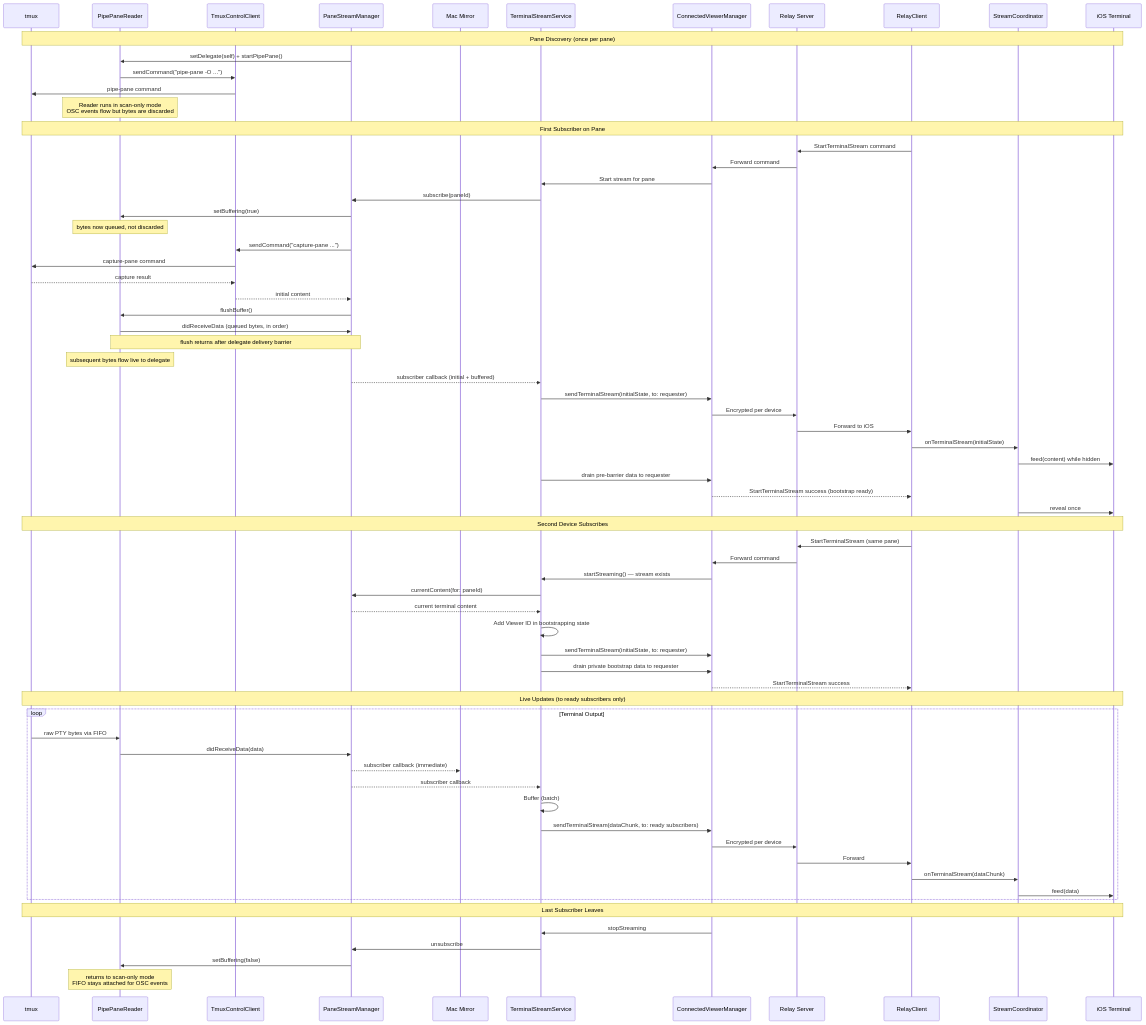
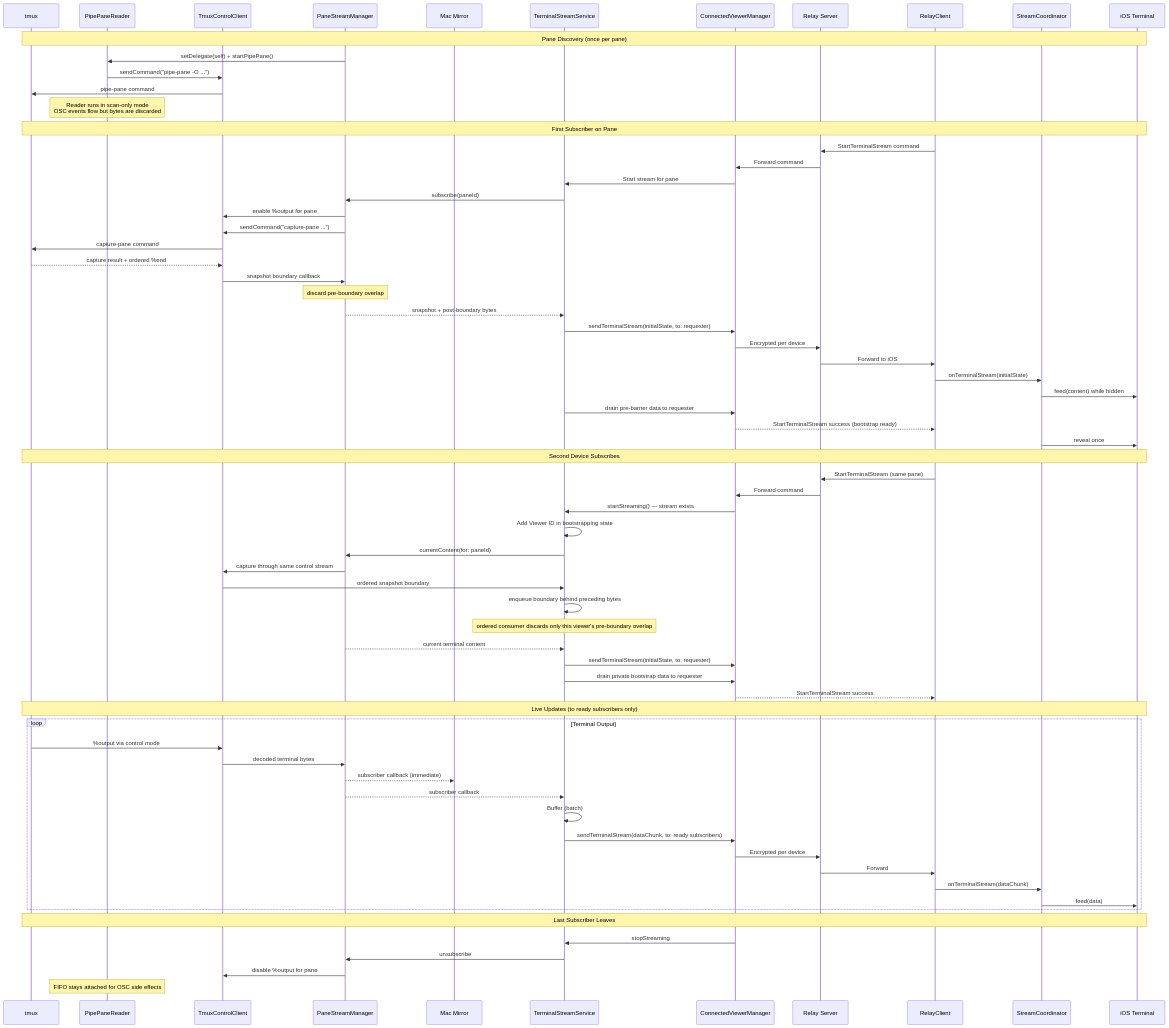
Before and after one commit to jicezeng/ctrlx: diagram 12 of 12 in docs/streaming-architecture.md, drawn with Mermaid. The commit also changed other lines of this file and 13 other files, not shown here.

Commit message:
fix(stream): order snapshots with live pane output

````diff
--- a/docs/streaming-architecture.md
+++ b/docs/streaming-architecture.md
@@ -359,81 +361,81 @@
 ```mermaid
 sequenceDiagram
     participant TMUX as tmux
     participant PPR as PipePaneReader
     participant TCC as TmuxControlClient
     participant PSM as PaneStreamManager
     participant MV as Mac Mirror
     participant TSS as TerminalStreamService
     participant DCM as ConnectedViewerManager
     participant SRV as Relay Server
     participant RC as RelayClient
     participant SC as StreamCoordinator
     participant IV as iOS Terminal
 
     Note over TMUX,IV: Pane Discovery (once per pane)
 
     PSM->>PPR: setDelegate(self) + startPipePane()
     PPR->>TCC: sendCommand("pipe-pane -O ...")
     TCC->>TMUX: pipe-pane command
     Note over PPR: Reader runs in scan-only mode<br/>OSC events flow but bytes are discarded
 
     Note over TMUX,IV: First Subscriber on Pane
 
     RC->>SRV: StartTerminalStream command
     SRV->>DCM: Forward command
     DCM->>TSS: Start stream for pane
     TSS->>PSM: subscribe(paneId)
-    PSM->>PPR: setBuffering(true)
-    Note over PPR: bytes now queued, not discarded
+    PSM->>TCC: enable %output for pane
     PSM->>TCC: sendCommand("capture-pane ...")
     TCC->>TMUX: capture-pane command
-    TMUX-->>TCC: capture result
-    TCC-->>PSM: initial content
-    PSM->>PPR: flushBuffer()
-    PPR->>PSM: didReceiveData (queued bytes, in order)
-    Note over PPR,PSM: flush returns after delegate delivery barrier
-    Note over PPR: subsequent bytes flow live to delegate
-    PSM-->>TSS: subscriber callback (initial + buffered)
+    TMUX-->>TCC: capture result + ordered %end
+    TCC->>PSM: snapshot boundary callback
+    Note over PSM: discard pre-boundary overlap
+    PSM-->>TSS: snapshot + post-boundary bytes
     TSS->>DCM: sendTerminalStream(initialState, to: requester)
     DCM->>SRV: Encrypted per device
     SRV->>RC: Forward to iOS
     RC->>SC: onTerminalStream(initialState)
     SC->>IV: feed(content) while hidden
     TSS->>DCM: drain pre-barrier data to requester
     DCM-->>RC: StartTerminalStream success (bootstrap ready)
     SC->>IV: reveal once
 
     Note over TMUX,IV: Second Device Subscribes
 
     RC->>SRV: StartTerminalStream (same pane)
     SRV->>DCM: Forward command
     DCM->>TSS: startStreaming() — stream exists
+    TSS->>TSS: Add Viewer ID in bootstrapping state
     TSS->>PSM: currentContent(for: paneId)
+    PSM->>TCC: capture through same control stream
+    TCC->>TSS: ordered snapshot boundary
+    TSS->>TSS: enqueue boundary behind preceding bytes
+    Note over TSS: ordered consumer discards only this viewer's pre-boundary overlap
     PSM-->>TSS: current terminal content
-    TSS->>TSS: Add Viewer ID in bootstrapping state
     TSS->>DCM: sendTerminalStream(initialState, to: requester)
     TSS->>DCM: drain private bootstrap data to requester
     DCM-->>RC: StartTerminalStream success
 
     Note over TMUX,IV: Live Updates (to ready subscribers only)
 
     loop Terminal Output
-        TMUX->>PPR: raw PTY bytes via FIFO
-        PPR->>PSM: didReceiveData(data)
+        TMUX->>TCC: %output via control mode
+        TCC->>PSM: decoded terminal bytes
         PSM-->>MV: subscriber callback (immediate)
         PSM-->>TSS: subscriber callback
         TSS->>TSS: Buffer (batch)
         TSS->>DCM: sendTerminalStream(dataChunk, to: ready subscribers)
         DCM->>SRV: Encrypted per device
         SRV->>RC: Forward
         RC->>SC: onTerminalStream(dataChunk)
         SC->>IV: feed(data)
     end
 
     Note over TMUX,IV: Last Subscriber Leaves
 
     DCM->>TSS: stopStreaming
     TSS->>PSM: unsubscribe
-    PSM->>PPR: setBuffering(false)
-    Note over PPR: returns to scan-only mode<br/>FIFO stays attached for OSC events
+    PSM->>TCC: disable %output for pane
+    Note over PPR: FIFO stays attached for OSC side effects
 ```
````
